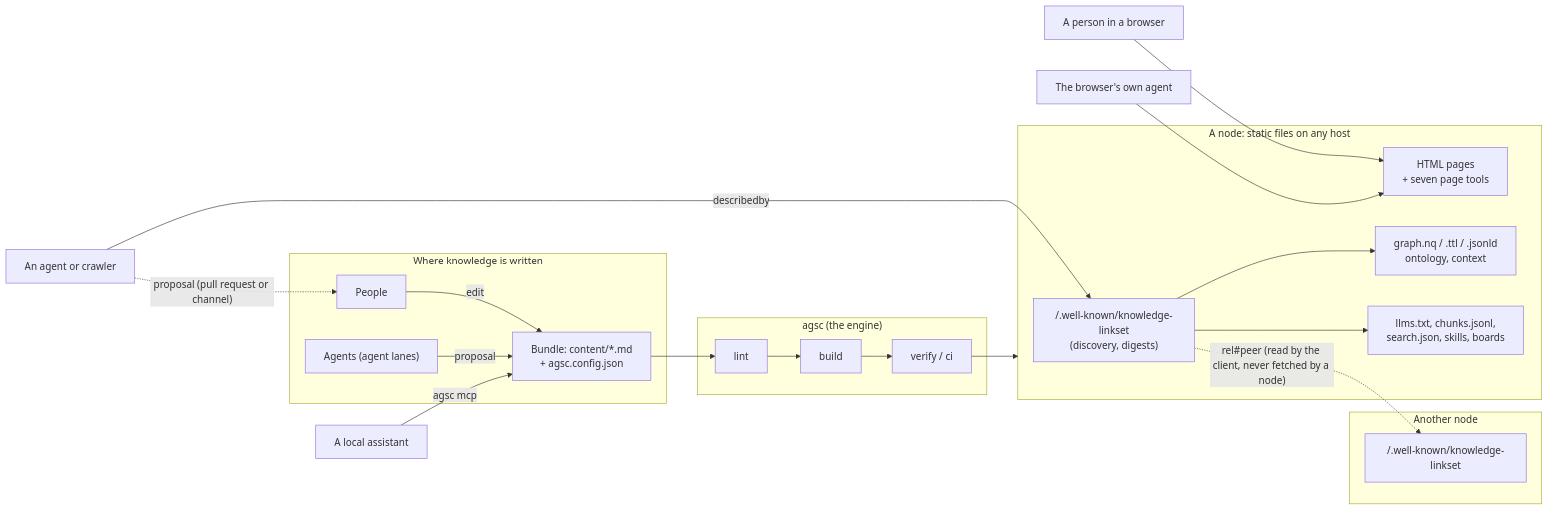
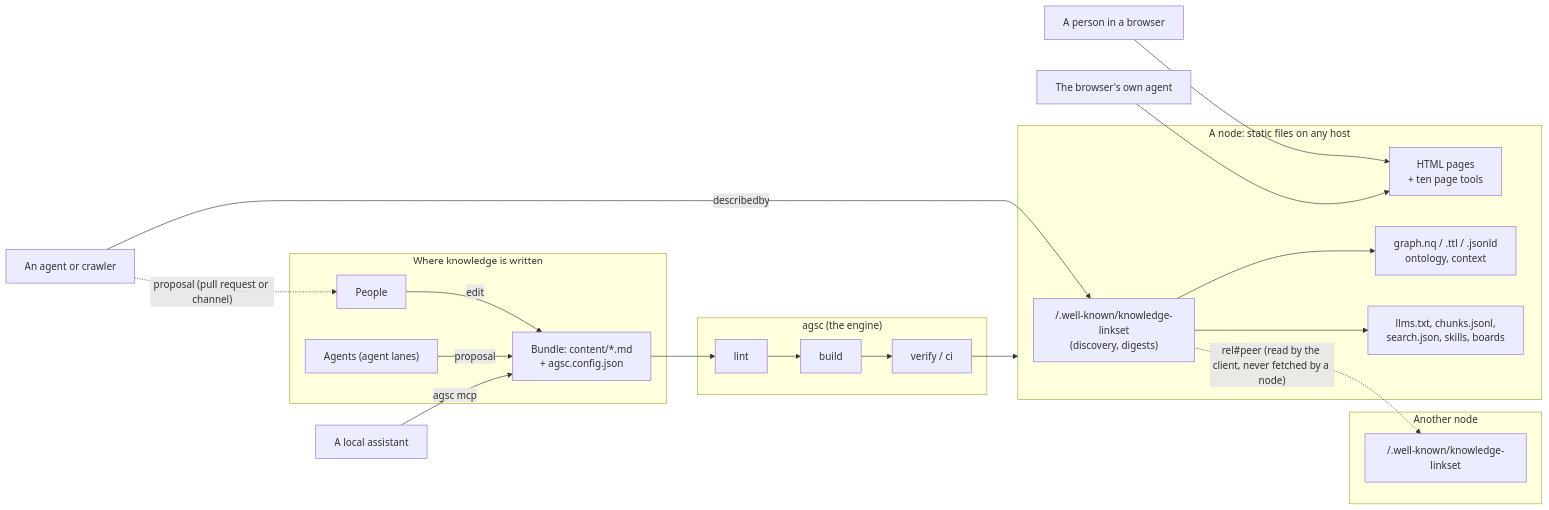
One commit to andreibesleaga/agentic-system-core changed the diagram in docs/diagrams/arch-system-overview.md. Above: the diagram before and after it, drawn with Mermaid. The commit also changed other lines of this file and 76 other files, not shown here.

````diff
--- a/docs/diagrams/arch-system-overview.md
+++ b/docs/diagrams/arch-system-overview.md
@@ -10,35 +10,35 @@
 ```mermaid
 flowchart LR
   subgraph AUTHOR["Where knowledge is written"]
     P["People"]
     AG["Agents (agent lanes)"]
     B["Bundle: content/*.md<br/>+ agsc.config.json"]
     P -->|edit| B
     AG -->|proposal| B
   end
   subgraph ENGINE["agsc (the engine)"]
     L["lint"]
     BU["build"]
     V["verify / ci"]
     L --> BU --> V
   end
   B --> L
   subgraph NODE["A node: static files on any host"]
     WK["/.well-known/knowledge-linkset<br/>(discovery, digests)"]
-    H["HTML pages<br/>+ seven page tools"]
+    H["HTML pages<br/>+ ten page tools"]
     G["graph.nq / .ttl / .jsonld<br/>ontology, context"]
     T["llms.txt, chunks.jsonl,<br/>search.json, skills, boards"]
   end
   V --> NODE
   R1["A person in a browser"] --> H
   R2["An agent or crawler"] -->|describedby| WK
   WK --> G
   WK --> T
   R3["The browser's own agent"] --> H
   R4["A local assistant"] -->|agsc mcp| B
   subgraph PEER["Another node"]
     WK2["/.well-known/knowledge-linkset"]
   end
   WK -. "rel#peer (read by the client, never fetched by a node)" .-> WK2
   R2 -. "proposal (pull request or channel)" .-> P
 ```
````
